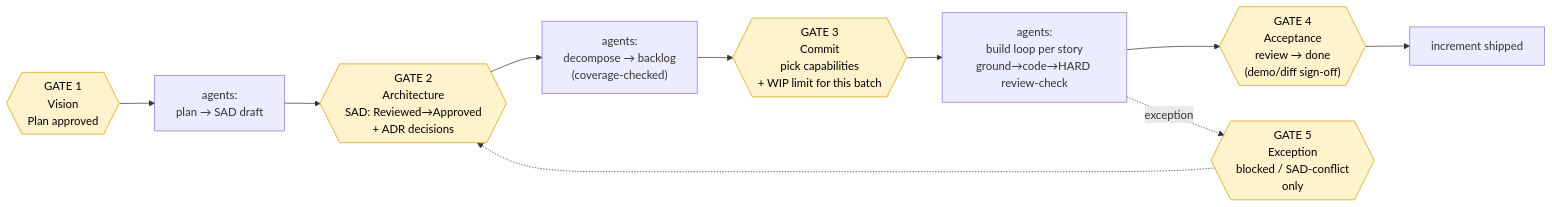
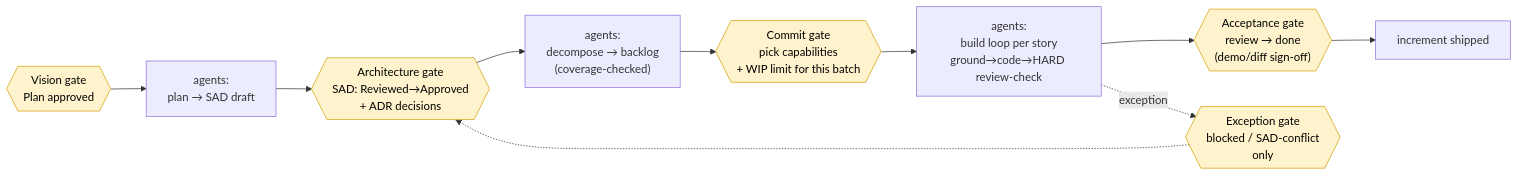
Before and after one commit to muxare/stock-screener: the seventh of 10 diagrams in docs/work-process-analysis.md, drawn with Mermaid. The commit also changed other lines of this file and 20 other files, not shown here.

````diff
--- a/docs/work-process-analysis.md
+++ b/docs/work-process-analysis.md
@@ -347,14 +347,14 @@
 ```mermaid
 flowchart LR
-    G1{{"GATE 1\nVision\nPlan approved"}}:::g --> AUTOA["agents:\nplan → SAD draft"]
-    AUTOA --> G2{{"GATE 2\nArchitecture\nSAD: Reviewed→Approved\n+ ADR decisions"}}:::g
+    G1{{"Vision gate\nPlan approved"}}:::g --> AUTOA["agents:\nplan → SAD draft"]
+    AUTOA --> G2{{"Architecture gate\nSAD: Reviewed→Approved\n+ ADR decisions"}}:::g
     G2 --> AUTOB["agents:\ndecompose → backlog\n(coverage-checked)"]
-    AUTOB --> G3{{"GATE 3\nCommit\npick capabilities\n+ WIP limit for this batch"}}:::g
+    AUTOB --> G3{{"Commit gate\npick capabilities\n+ WIP limit for this batch"}}:::g
     G3 --> AUTOC["agents:\nbuild loop per story\nground→code→HARD review-check"]
-    AUTOC --> G4{{"GATE 4\nAcceptance\nreview → done\n(demo/diff sign-off)"}}:::g
-    AUTOC -. exception .-> G5{{"GATE 5\nException\nblocked / SAD-conflict\nonly"}}:::g
+    AUTOC --> G4{{"Acceptance gate\nreview → done\n(demo/diff sign-off)"}}:::g
+    AUTOC -. exception .-> G5{{"Exception gate\nblocked / SAD-conflict\nonly"}}:::g
     G5 -.-> G2
     G4 --> DONE["increment shipped"]
 
     classDef g fill:#fff3cd,stroke:#d39e00,color:#000;
 ```
````
